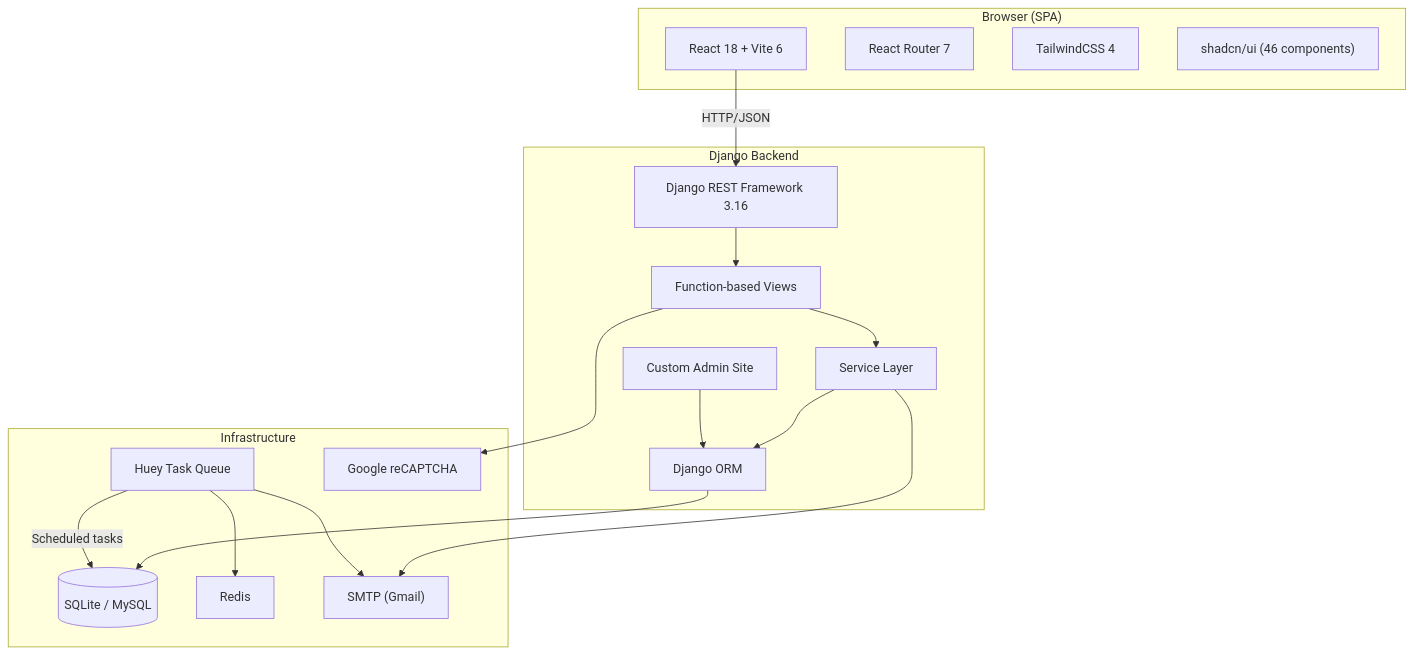
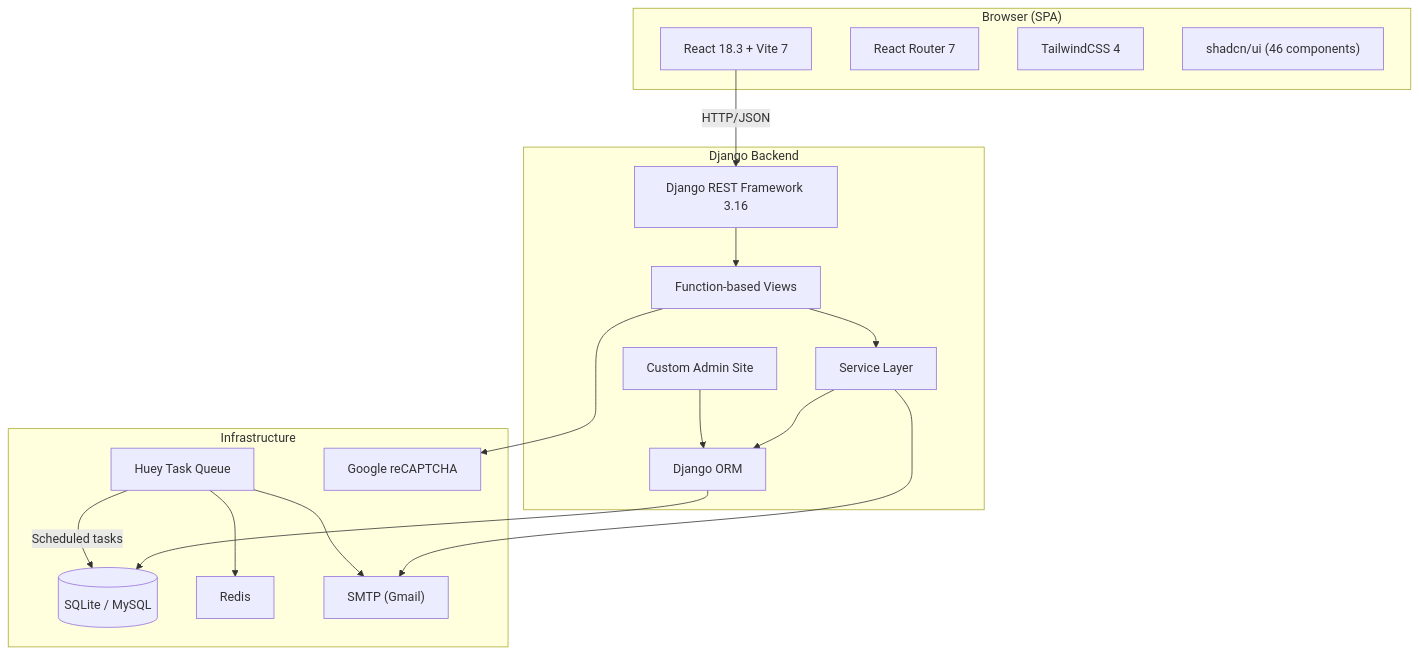
Before and after one commit to gustavop-dev/fernando_aragon_project: the first of 8 diagrams in docs/methodology/architecture.md, drawn with Mermaid. The commit also changed 3 other files, not shown here.

````diff
--- a/docs/methodology/architecture.md
+++ b/docs/methodology/architecture.md
@@ -5,37 +5,37 @@
 ```mermaid
 flowchart TB
     subgraph Client["Browser (SPA)"]
-        React["React 18 + Vite 6"]
+        React["React 18.3 + Vite 7"]
         RR["React Router 7"]
         TW["TailwindCSS 4"]
         Shadcn["shadcn/ui (46 components)"]
     end
 
     subgraph Server["Django Backend"]
         DRF["Django REST Framework 3.16"]
         Views["Function-based Views"]
         Services["Service Layer"]
         Models["Django ORM"]
         Admin["Custom Admin Site"]
     end
 
     subgraph Infra["Infrastructure"]
         DB[(SQLite / MySQL)]
         Redis["Redis"]
         Huey["Huey Task Queue"]
         SMTP["SMTP (Gmail)"]
         Captcha["Google reCAPTCHA"]
     end
 
     React -->|HTTP/JSON| DRF
     DRF --> Views
     Views --> Services
     Services --> Models
     Services --> SMTP
     Views --> Captcha
     Models --> DB
     Huey --> Redis
     Huey -->|Scheduled tasks| DB
     Huey --> SMTP
     Admin --> Models
 ```
````
